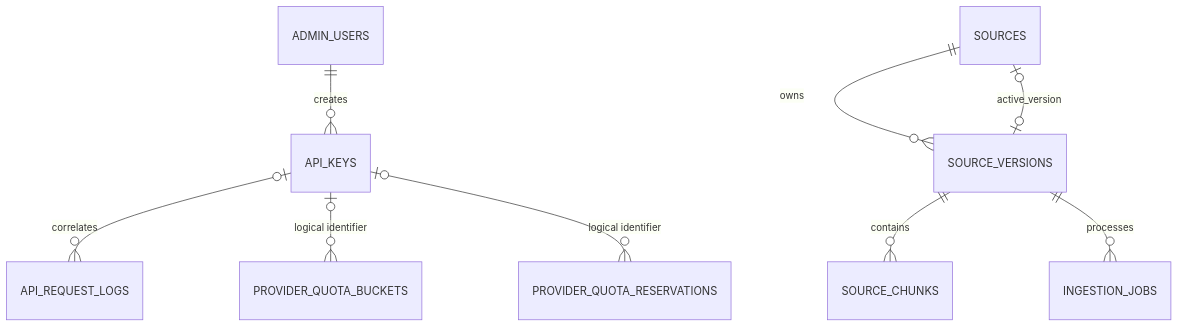
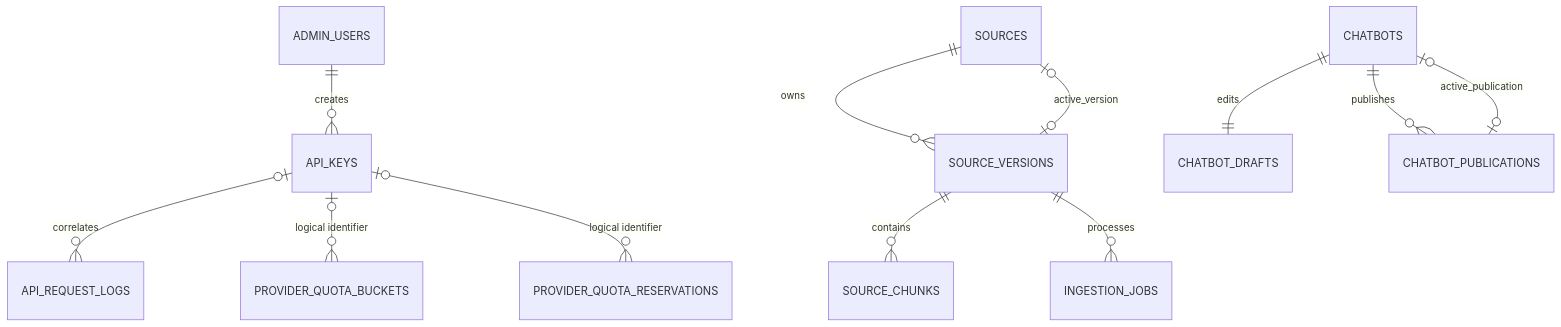
The diagram in docs/database.md (tankianann/askasio-alpha), drawn with Mermaid before and after one commit. The commit also changed other lines of this file and 38 other files, not shown here.

````diff
--- a/docs/database.md
+++ b/docs/database.md
@@ -9,11 +9,14 @@
 ```mermaid
 erDiagram
     ADMIN_USERS ||--o{ API_KEYS : creates
     SOURCES ||--o{ SOURCE_VERSIONS : owns
     SOURCES o|--o| SOURCE_VERSIONS : active_version
     SOURCE_VERSIONS ||--o{ SOURCE_CHUNKS : contains
     SOURCE_VERSIONS ||--o{ INGESTION_JOBS : processes
     API_KEYS o|--o{ API_REQUEST_LOGS : correlates
     API_KEYS o|--o{ PROVIDER_QUOTA_BUCKETS : "logical identifier"
     API_KEYS o|--o{ PROVIDER_QUOTA_RESERVATIONS : "logical identifier"
+    CHATBOTS ||--|| CHATBOT_DRAFTS : edits
+    CHATBOTS ||--o{ CHATBOT_PUBLICATIONS : publishes
+    CHATBOTS o|--o| CHATBOT_PUBLICATIONS : active_publication
 ```
````
